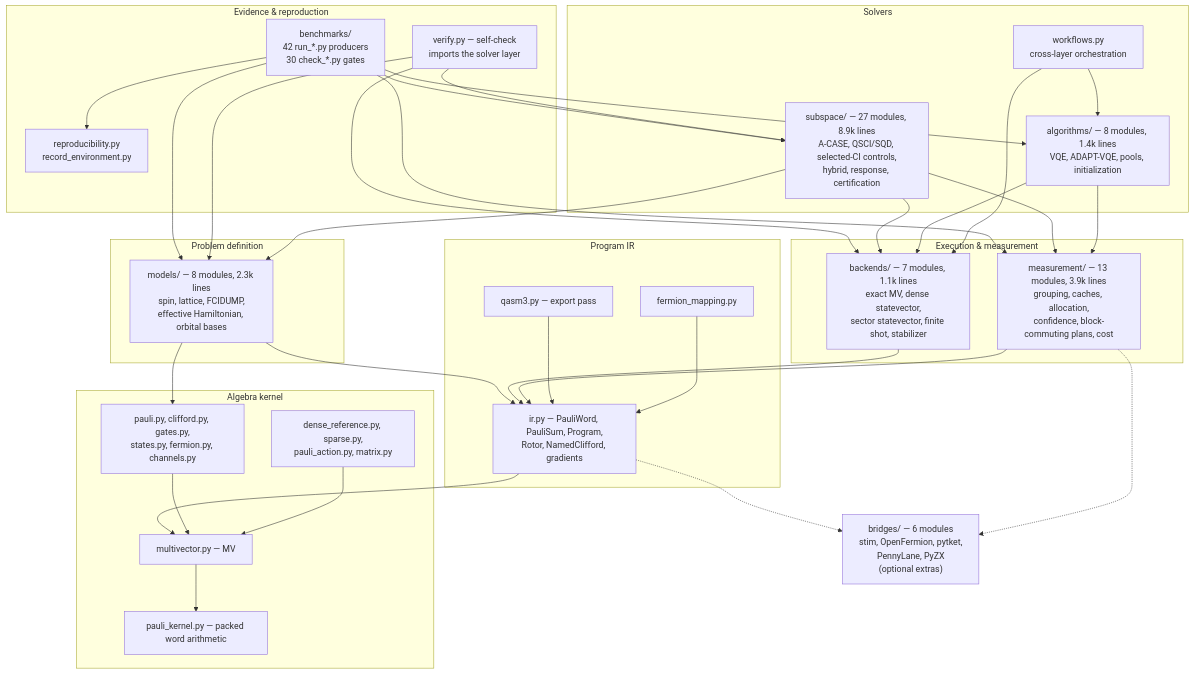
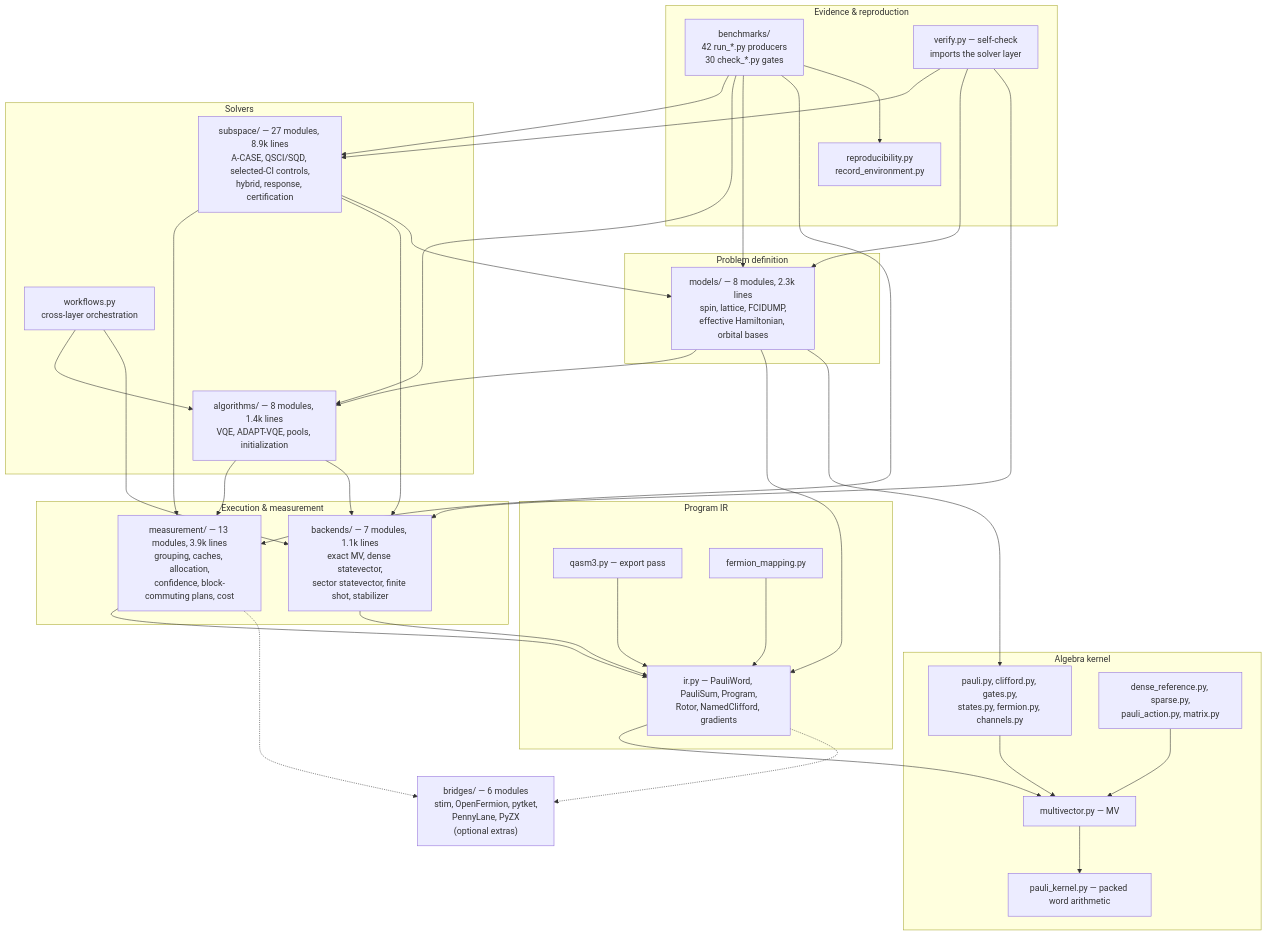
One commit to gutama/clifford_qc changed the first of 5 diagrams in ARCHITECTURE.md. Above: the diagram before and after it, drawn with Mermaid. The commit also changed other lines of this file and 16 other files, not shown here.

Commit message:
Close architecture paper review gaps

````diff
--- a/ARCHITECTURE.md
+++ b/ARCHITECTURE.md
@@ -39,66 +40,67 @@
 ```mermaid
 flowchart TD
     subgraph L6["Evidence & reproduction"]
         BENCH["benchmarks/<br/>42 run_*.py producers<br/>30 check_*.py gates"]
         REPRO["reproducibility.py<br/>record_environment.py"]
         VERIFY["verify.py &mdash; self-check<br/>imports the solver layer"]
     end
 
     subgraph L5["Solvers"]
         SUBSPACE["subspace/ &mdash; 27 modules, 8.9k lines<br/>A-CASE, QSCI/SQD, selected-CI controls,<br/>hybrid, response, certification"]
         ALGOS["algorithms/ &mdash; 8 modules, 1.4k lines<br/>VQE, ADAPT-VQE, pools, initialization"]
         WORKFLOWS["workflows.py<br/>cross-layer orchestration"]
     end
 
     subgraph L4["Problem definition"]
         MODELS["models/ &mdash; 8 modules, 2.3k lines<br/>spin, lattice, FCIDUMP,<br/>effective Hamiltonian, orbital bases"]
     end
 
     subgraph L3["Execution & measurement"]
         BACKENDS["backends/ &mdash; 7 modules, 1.1k lines<br/>exact MV, dense statevector,<br/>sector statevector, finite shot, stabilizer"]
         MEAS["measurement/ &mdash; 13 modules, 3.9k lines<br/>grouping, caches, allocation,<br/>confidence, block-commuting plans, cost"]
     end
 
     subgraph L2["Program IR"]
         IR["ir.py &mdash; PauliWord, PauliSum, Program,<br/>Rotor, NamedClifford, gradients"]
         QASM["qasm3.py &mdash; export pass"]
         FMAP["fermion_mapping.py"]
     end
 
     subgraph L1["Algebra kernel"]
         MV["multivector.py &mdash; MV"]
         KERNEL["pauli_kernel.py &mdash; packed word arithmetic"]
         PAULI["pauli.py, clifford.py, gates.py,<br/>states.py, fermion.py, channels.py"]
         DENSE["dense_reference.py, sparse.py,<br/>pauli_action.py, matrix.py"]
     end
 
     BRIDGES["bridges/ &mdash; 6 modules<br/>stim, OpenFermion, pytket,<br/>PennyLane, PyZX<br/>(optional extras)"]
 
     BENCH --> SUBSPACE
     BENCH --> ALGOS
     BENCH --> MODELS
     BENCH --> MEAS
     BENCH --> REPRO
     VERIFY --> SUBSPACE
     VERIFY --> MODELS
     VERIFY --> BACKENDS
     SUBSPACE --> MEAS
     SUBSPACE --> BACKENDS
     SUBSPACE --> MODELS
     ALGOS --> MEAS
     ALGOS --> BACKENDS
     WORKFLOWS --> ALGOS
     WORKFLOWS --> BACKENDS
+    MODELS --> ALGOS
     MODELS --> IR
     MODELS --> PAULI
     BACKENDS --> IR
     MEAS --> IR
     IR --> MV
     QASM --> IR
     FMAP --> IR
     PAULI --> MV
     DENSE --> MV
     MV --> KERNEL
     IR -.-> BRIDGES
     MEAS -.-> BRIDGES
 ```
````
